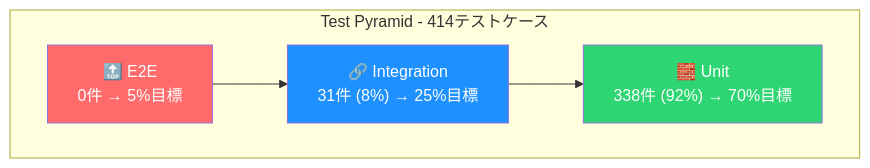
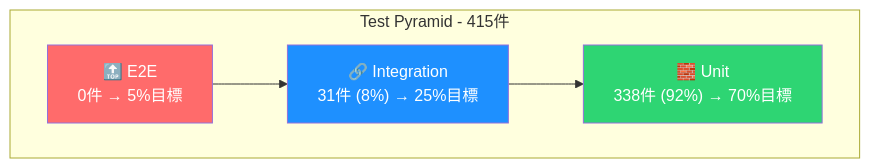
One commit to yaoki-dev/api-test-devops-portfolio changed the second of 2 diagrams in README.md. Above: the diagram before and after it, drawn with Mermaid. The commit also changed other lines of this file and 13 other files, not shown here.

````diff
--- a/README.md
+++ b/README.md
@@ -268,13 +269,13 @@
 ```mermaid
 graph TB
-    subgraph "Test Pyramid - 414テストケース"
+    subgraph "Test Pyramid - 415件"
         E2E["🔝 E2E<br/>0件 → 5%目標"]
         Integration["🔗 Integration<br/>31件 (8%) → 25%目標"]
         Unit["🧱 Unit<br/>338件 (92%) → 70%目標"]
     end
     E2E --> Integration --> Unit
 
     style E2E fill:#ff6b6b,color:#fff
     style Integration fill:#1e90ff,color:#fff
     style Unit fill:#2ed573,color:#fff
 ```
````
